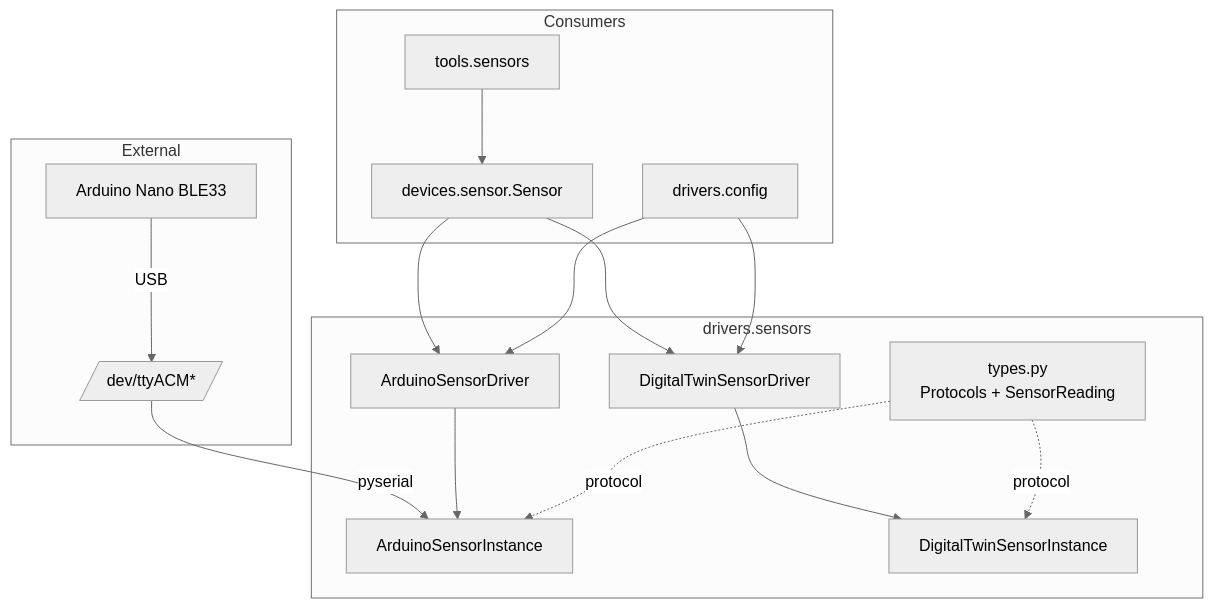
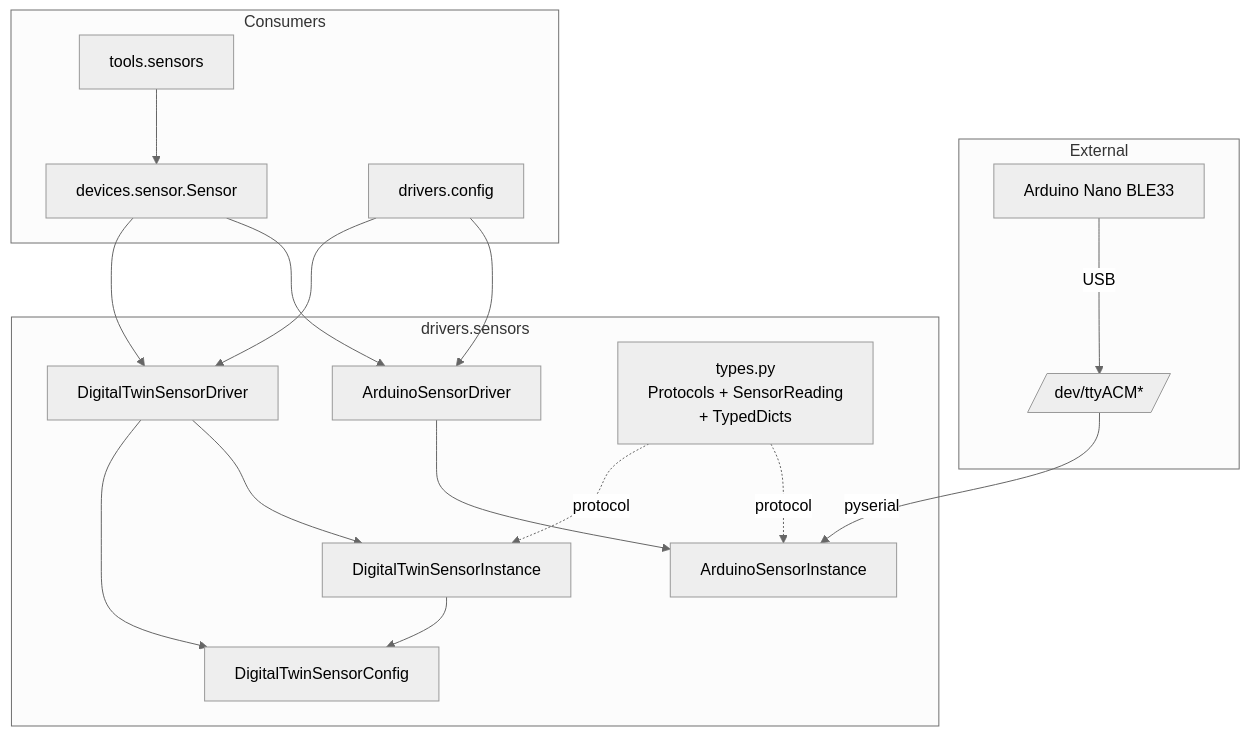
The second of 2 diagrams in src/telescope_mcp/drivers/sensors/README.md (mgrandau/telescope-mcp), drawn with Mermaid before and after one commit. The commit also changed other lines of this file and 16 other files, not shown here.

First line of the commit message:
Add comprehensive tests for sensor types, protocol compliance, and driver behavior

````diff
--- a/src/telescope_mcp/drivers/sensors/README.md
+++ b/src/telescope_mcp/drivers/sensors/README.md
@@ -287,36 +364,39 @@
 ```mermaid
 %%{init: {'theme': 'neutral'}}%%
 flowchart TB
     subgraph External
         Arduino[Arduino Nano BLE33]
         Serial[/dev/ttyACM*/]
     end
 
     subgraph drivers.sensors
         AD[ArduinoSensorDriver]
         AI[ArduinoSensorInstance]
         TD[DigitalTwinSensorDriver]
         TI[DigitalTwinSensorInstance]
-        Types[types.py<br/>Protocols + SensorReading]
+        TC[DigitalTwinSensorConfig]
+        Types[types.py<br/>Protocols + SensorReading<br/>+ TypedDicts]
     end
 
     subgraph Consumers
         Device[devices.sensor.Sensor]
         Config[drivers.config]
         Tools[tools.sensors]
     end
 
     Arduino -->|USB| Serial
     Serial -->|pyserial| AI
     AD --> AI
     TD --> TI
+    TD --> TC
+    TI --> TC
 
     Types -.->|protocol| AI
     Types -.->|protocol| TI
 
     Device --> AD
     Device --> TD
     Config --> AD
     Config --> TD
     Tools --> Device
 ```
````
